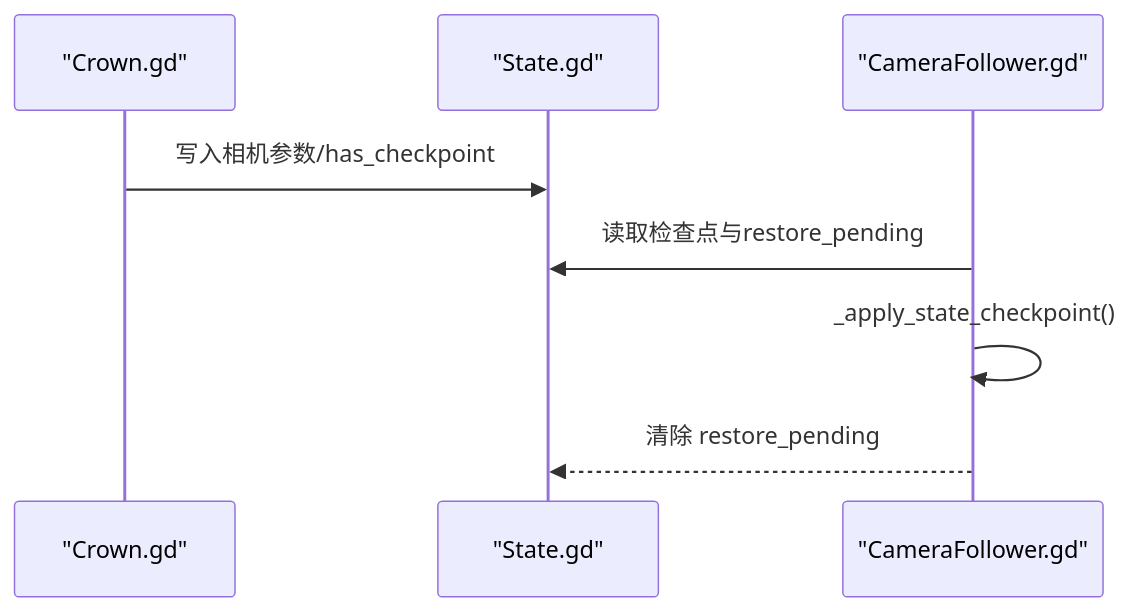
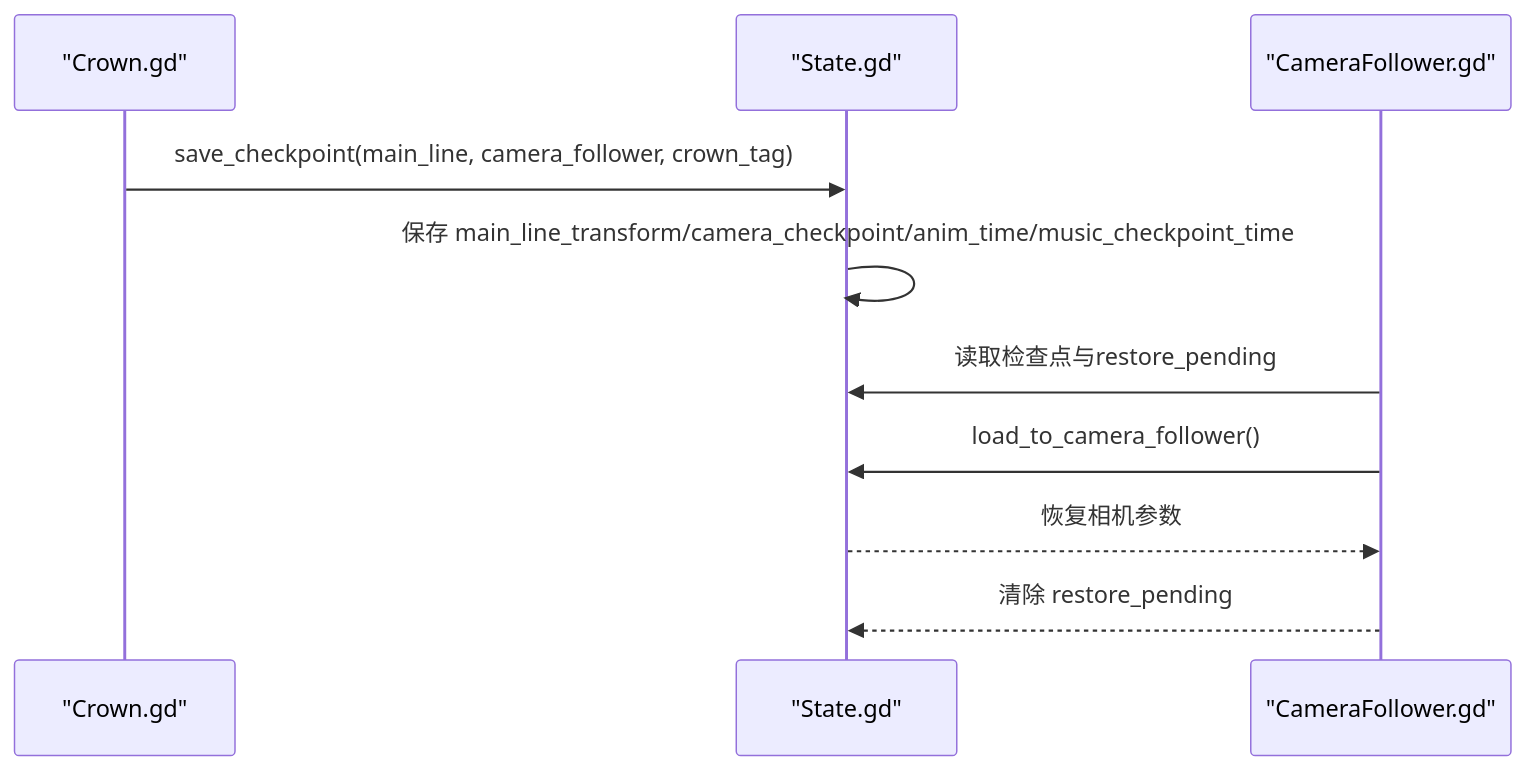
Before and after one commit to godotline/godot-line: the sixth of 11 diagrams in .qoder/repowiki/zh/content/核心架构设计/设计模式应用/状态管理模式.md, drawn with Mermaid. The commit also changed other lines of this file and 687 other files, not shown here.

````diff
--- a/.qoder/repowiki/zh/content/核心架构设计/设计模式应用/状态管理模式.md
+++ b/.qoder/repowiki/zh/content/核心架构设计/设计模式应用/状态管理模式.md
@@ -228,10 +249,12 @@
 ```mermaid
 sequenceDiagram
 participant CR as "Crown.gd"
 participant ST as "State.gd"
 participant CF as "CameraFollower.gd"
-CR->>ST : 写入相机参数/has_checkpoint
+CR->>ST : save_checkpoint(main_line, camera_follower, crown_tag)
+ST->>ST : 保存 main_line_transform/camera_checkpoint/anim_time/music_checkpoint_time
 CF->>ST : 读取检查点与restore_pending
-CF->>CF : _apply_state_checkpoint()
+CF->>ST : load_to_camera_follower()
+ST-->>CF : 恢复相机参数
 CF-->>ST : 清除 restore_pending
 ```
````
